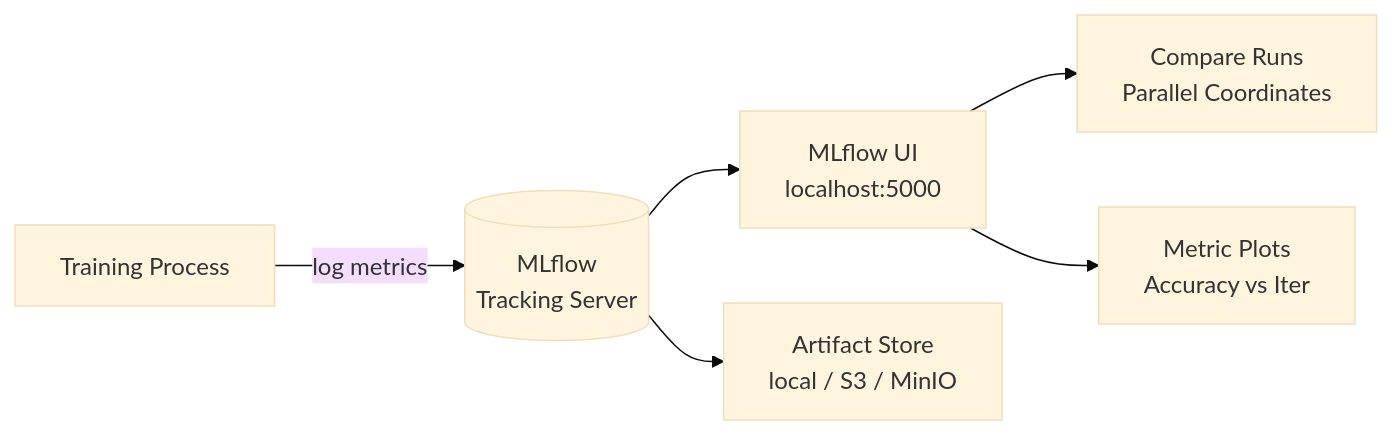
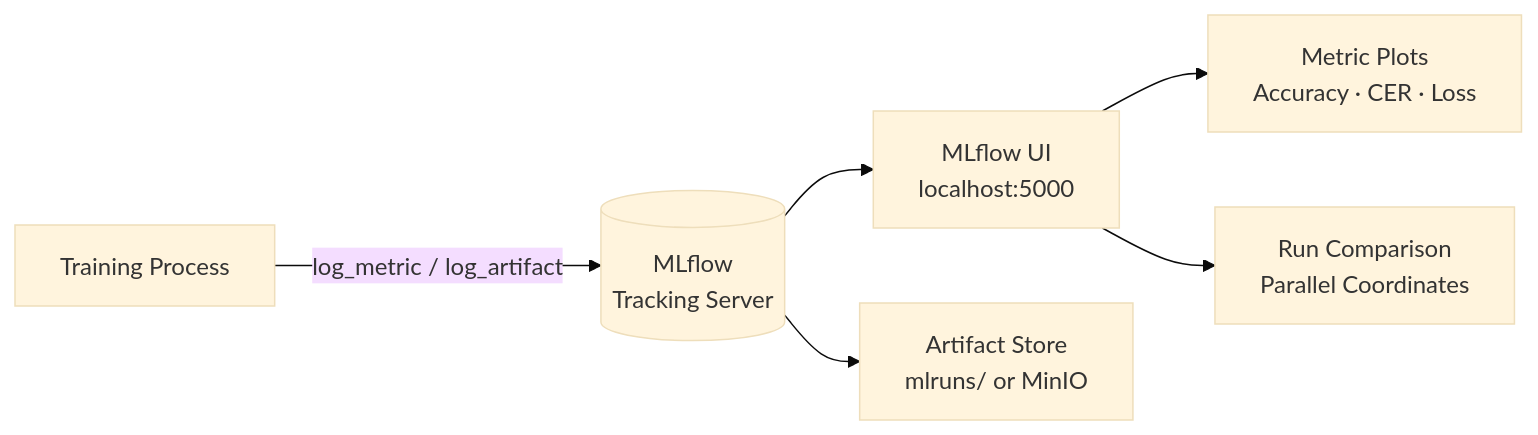
The eighth of 9 diagrams in README.md (CharlyJazz/OCR-Aster-ConvNeXt-Trainer), drawn with Mermaid (base theme) before and after one commit. The commit also changed other lines of this file, not shown here.

First line of the commit message:
docs: simplify to single fixed architecture — ConvNeXt + BiLSTM + ASTER v2

````diff
--- a/README.md
+++ b/README.md
@@ -451,8 +492,8 @@
 ```mermaid
 graph LR
-    TRAIN[Training Process] -->|log metrics| MLFDB[(MLflow\nTracking Server)]
-    MLFDB --> UI[MLflow UI\nlocalhost:5000]
-    MLFDB --> ART[Artifact Store\nlocal / S3 / MinIO]
-    UI --> COMPARE[Compare Runs\nParallel Coordinates]
-    UI --> PLOT[Metric Plots\nAccuracy vs Iter]
+    T["Training Process"] -->|log_metric / log_artifact| S[("MLflow\nTracking Server")]
+    S --> UI["MLflow UI\nlocalhost:5000"]
+    S --> FS["Artifact Store\n mlruns/ or MinIO"]
+    UI --> P["Metric Plots\nAccuracy · CER · Loss"]
+    UI --> C["Run Comparison\nParallel Coordinates"]
 ```
````
